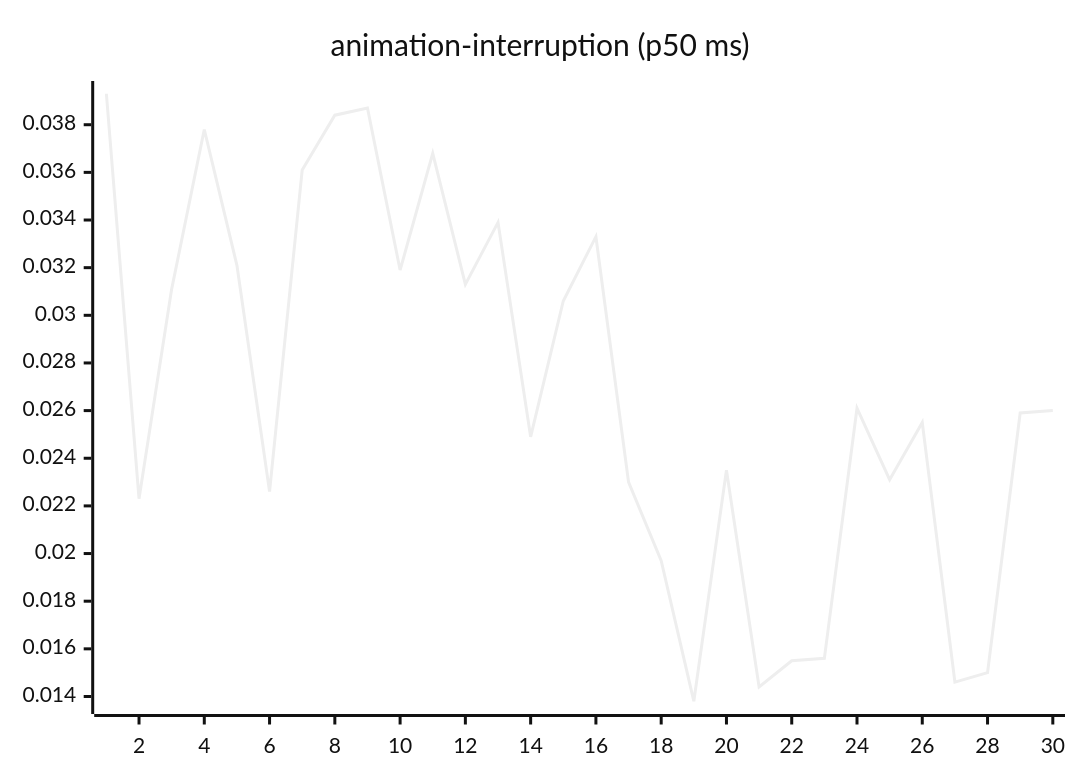
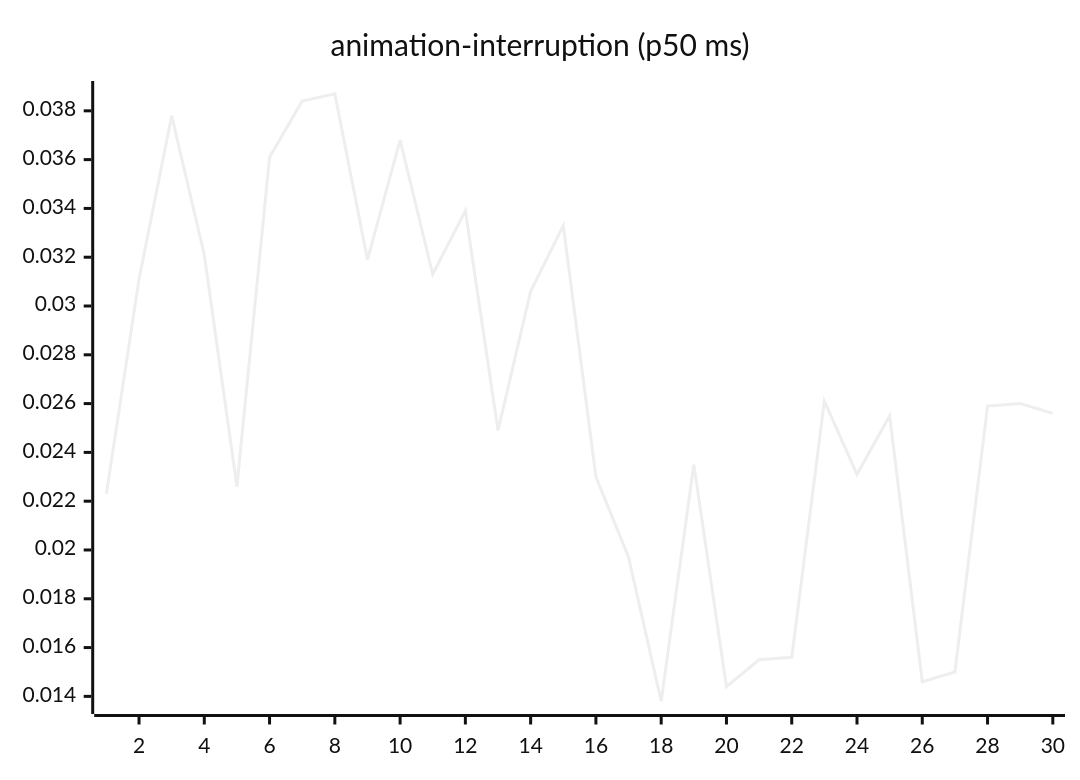
One commit to josha/Facet changed the third of 27 diagrams in README.md. Above: the diagram before and after it, drawn with Mermaid (neutral theme). The commit also changed other lines of this file and 2 other files, not shown here.

````diff
--- a/README.md
+++ b/README.md
@@ -77,6 +77,6 @@
 ```mermaid
 xychart-beta
     title "animation-interruption (p50 ms)"
     x-axis 1 --> 30
-    line [0.0393, 0.0223, 0.0311, 0.0378, 0.0321, 0.0226, 0.0361, 0.0384, 0.0387, 0.0319, 0.0368, 0.0313, 0.0339, 0.0249, 0.0306, 0.0333, 0.0230, 0.0197, 0.0138, 0.0235, 0.0144, 0.0155, 0.0156, 0.0261, 0.0231, 0.0255, 0.0146, 0.0150, 0.0259, 0.0260]
+    line [0.0223, 0.0311, 0.0378, 0.0321, 0.0226, 0.0361, 0.0384, 0.0387, 0.0319, 0.0368, 0.0313, 0.0339, 0.0249, 0.0306, 0.0333, 0.0230, 0.0197, 0.0138, 0.0235, 0.0144, 0.0155, 0.0156, 0.0261, 0.0231, 0.0255, 0.0146, 0.0150, 0.0259, 0.0260, 0.0256]
 ```
````
